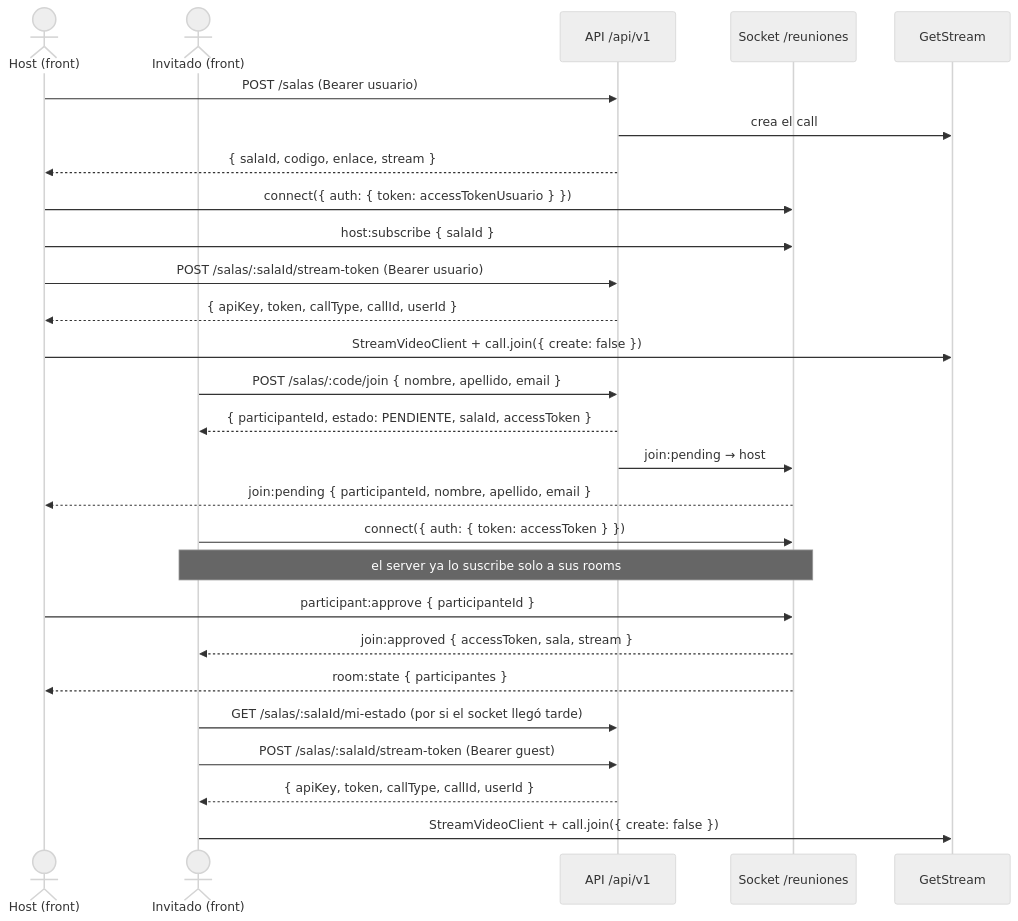
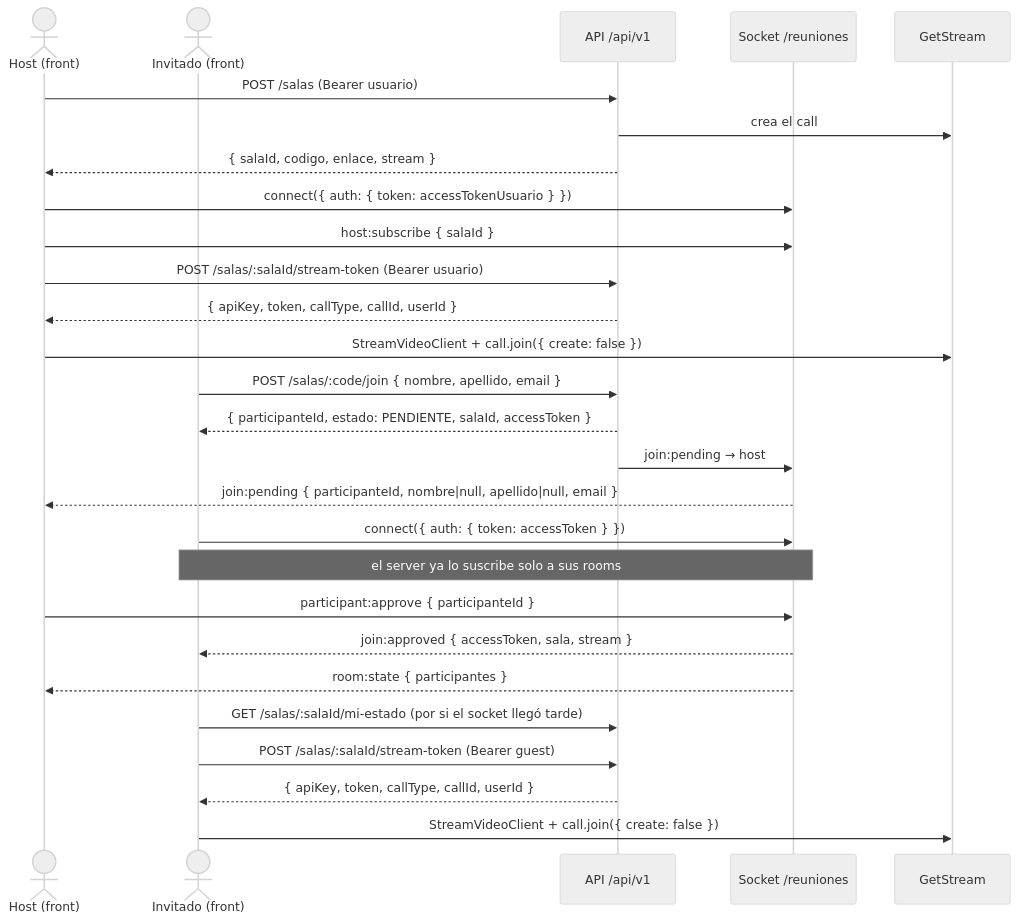
The first of 2 diagrams in docs/FRONTEND-GETSTREAM.md (No-Country-simulation/S08-26-equipo-5), drawn with Mermaid (neutral theme) before and after one commit. The commit also changed 4 other files, not shown here.

Commit message:
fix(realtime): enviar nombre/apellido null en join:pending cuando faltan y documentar el payload

````diff
--- a/docs/FRONTEND-GETSTREAM.md
+++ b/docs/FRONTEND-GETSTREAM.md
@@ -40,32 +40,32 @@
 ```mermaid
 sequenceDiagram
     actor H as Host (front)
     actor I as Invitado (front)
     participant API as API /api/v1
     participant WS as Socket /reuniones
     participant GS as GetStream
 
     H->>API: POST /salas (Bearer usuario)
     API->>GS: crea el call
     API-->>H: { salaId, codigo, enlace, stream }
     H->>WS: connect({ auth: { token: accessTokenUsuario } })
     H->>WS: host:subscribe { salaId }
     H->>API: POST /salas/:salaId/stream-token (Bearer usuario)
     API-->>H: { apiKey, token, callType, callId, userId }
     H->>GS: StreamVideoClient + call.join({ create: false })
 
     I->>API: POST /salas/:code/join { nombre, apellido, email }
     API-->>I: { participanteId, estado: PENDIENTE, salaId, accessToken }
     API->>WS: join:pending → host
-    WS-->>H: join:pending { participanteId, nombre, apellido, email }
+    WS-->>H: join:pending { participanteId, nombre|null, apellido|null, email }
     I->>WS: connect({ auth: { token: accessToken } })
     Note over I,WS: el server ya lo suscribe solo a sus rooms
 
     H->>WS: participant:approve { participanteId }
     WS-->>I: join:approved { accessToken, sala, stream }
     WS-->>H: room:state { participantes }
     I->>API: GET /salas/:salaId/mi-estado (por si el socket llegó tarde)
     I->>API: POST /salas/:salaId/stream-token (Bearer guest)
     API-->>I: { apiKey, token, callType, callId, userId }
     I->>GS: StreamVideoClient + call.join({ create: false })
 ```
````
